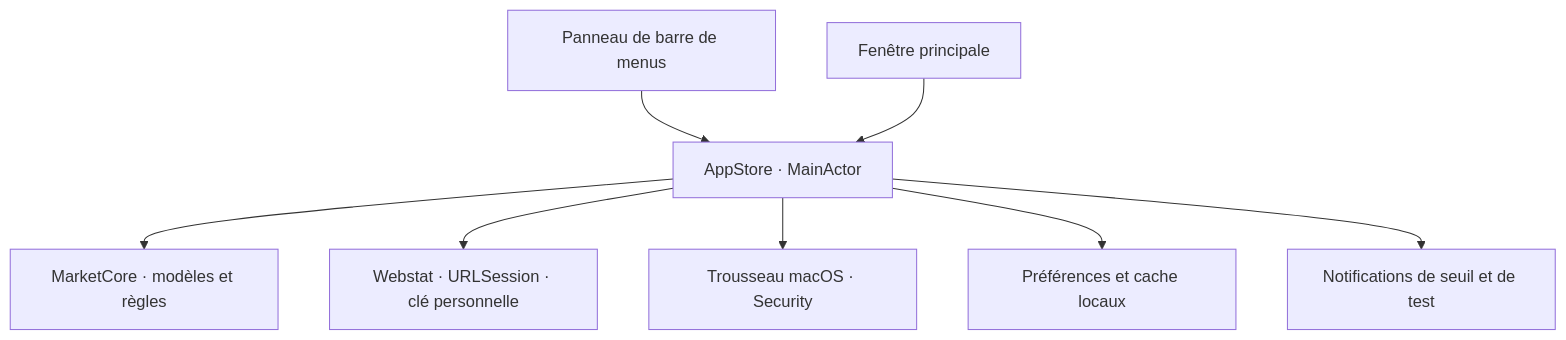
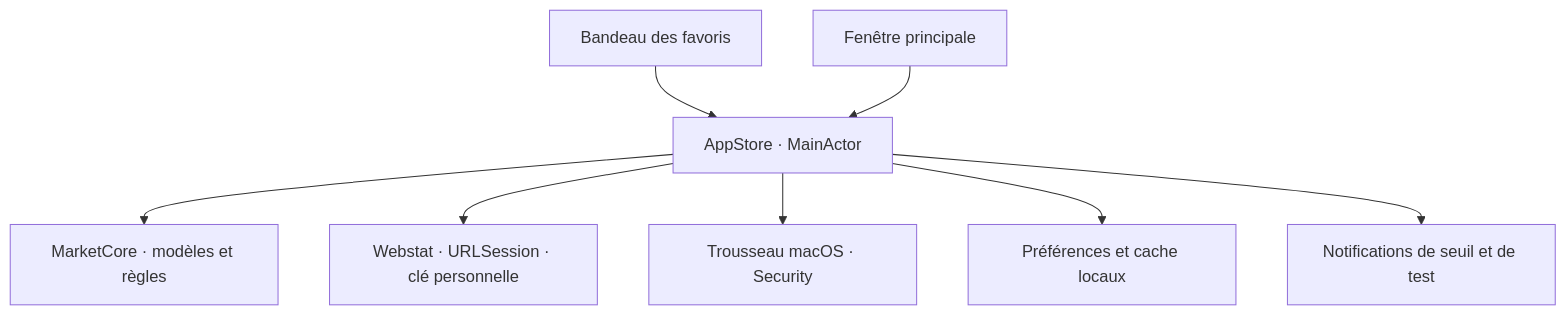
Before and after one commit to antoineberjoan/sema: the diagram in docs/ARCHITECTURE.md, drawn with Mermaid. The commit also changed other lines of this file and 9 other files, not shown here.

Commit message:
Ajouter le bandeau natif des favoris

````diff
--- a/docs/ARCHITECTURE.md
+++ b/docs/ARCHITECTURE.md
@@ -7,10 +7,10 @@
 ```mermaid
 flowchart TB
-    Menu["Panneau de barre de menus"] --> Store["AppStore · MainActor"]
+    Menu["Bandeau des favoris"] --> Store["AppStore · MainActor"]
     Window["Fenêtre principale"] --> Store
     Store --> Core["MarketCore · modèles et règles"]
     Store --> Webstat["Webstat · URLSession · clé personnelle"]
     Store --> Keychain["Trousseau macOS · Security"]
     Store --> Local["Préférences et cache locaux"]
     Store --> Notification["Notifications de seuil et de test"]
 ```
````
